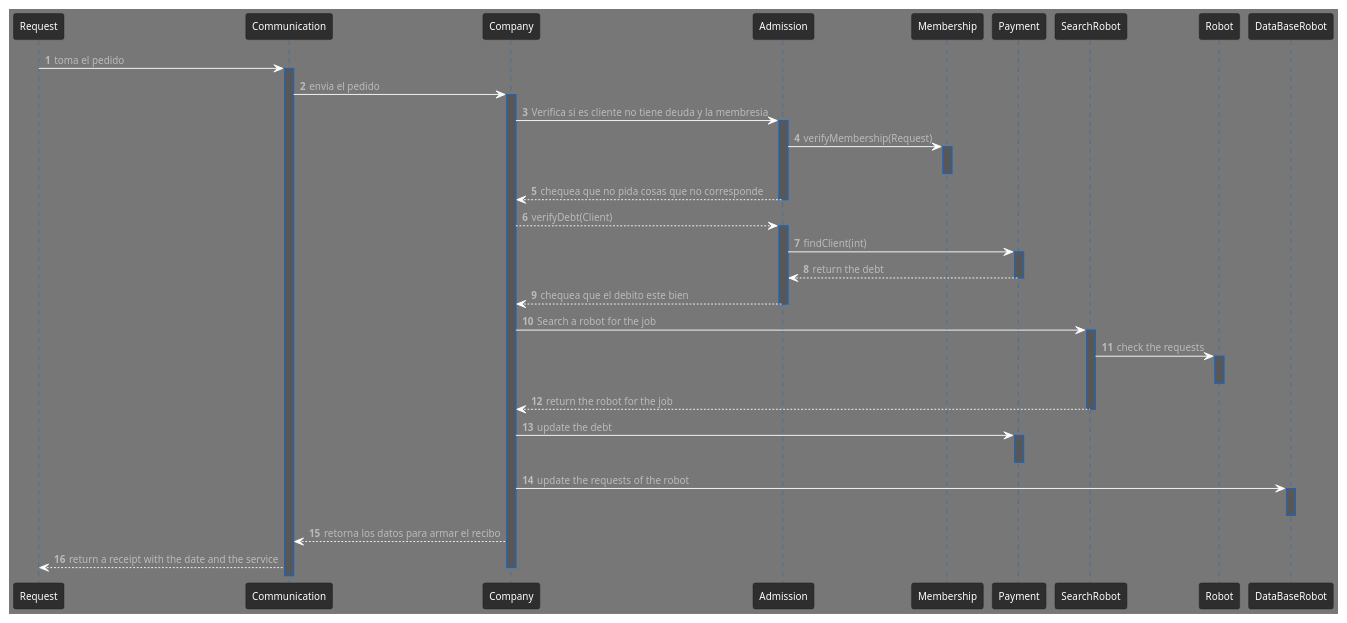
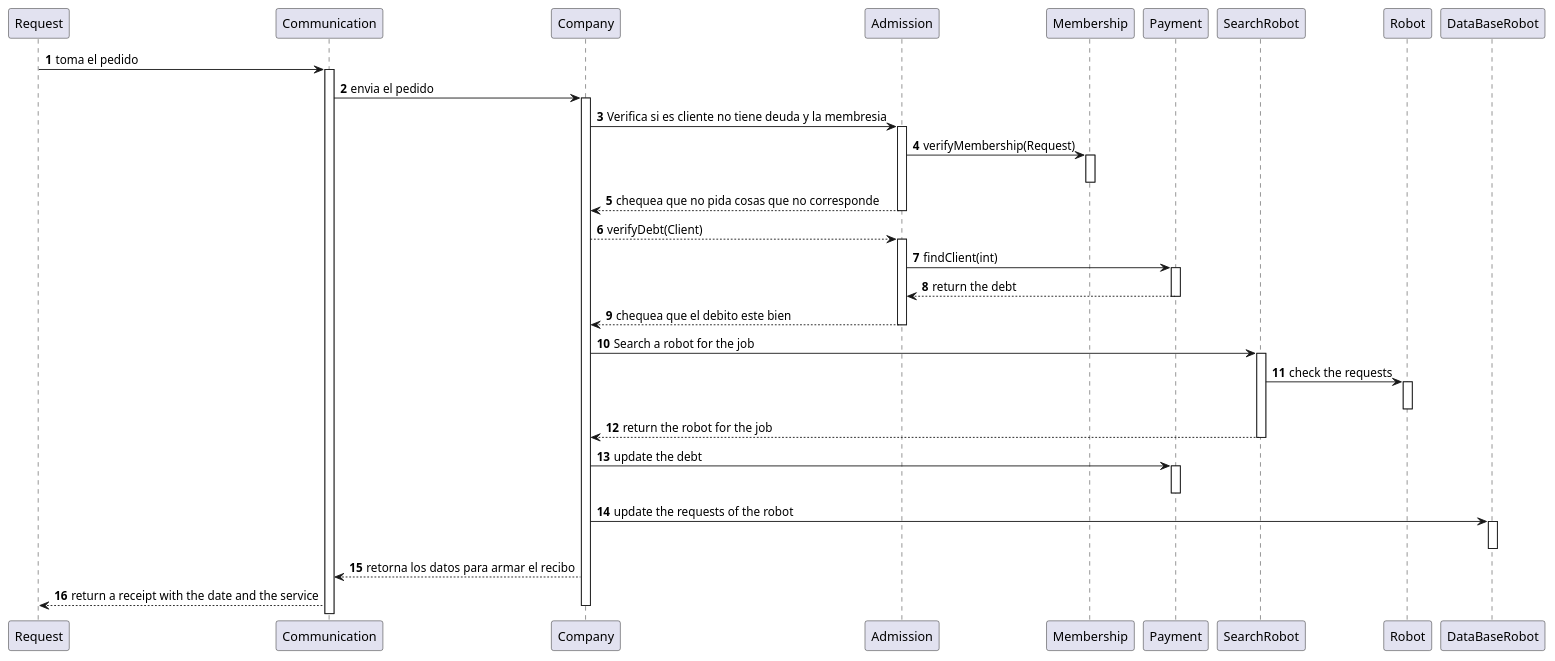
The diagram in src/Sequence1.puml (Grupo-3-Labo-y-prog/RobotsTP), drawn with PlantUML before and after one commit. The commit also changed 2 other files, not shown here.

Commit message:
Cambios en el diagrama en la clase Comunication

```diff
--- a/src/Sequence1.puml
+++ b/src/Sequence1.puml
@@ -1,57 +1,57 @@
 @startuml
 'https://plantuml.com/sequence-diagram
 
-!theme reddress-darkblue
+
 
 autonumber
 Request -> Communication: toma el pedido
 activate Communication
 
 Communication -> Company: envia el pedido
 activate Company
 
 Company -> Admission:  Verifica si es cliente no tiene deuda y la membresia
 activate Admission
 
 Admission -> Membership: verifyMembership(Request)
 activate Membership
 deactivate Membership
 
 Admission --> Company: chequea que no pida cosas que no corresponde
 deactivate Admission
 
 Company --> Admission: verifyDebt(Client)
 activate Admission
 
 Admission -> Payment: findClient(int)
 activate Payment
 
 Payment --> Admission: return the debt
 deactivate Payment
 
 Admission --> Company: chequea que el debito este bien
 deactivate Admission
 
 Company -> SearchRobot: Search a robot for the job
 activate SearchRobot
 SearchRobot -> Robot:check the requests
 activate Robot
 deactivate Robot
 
 SearchRobot --> Company: return the robot for the job
 deactivate SearchRobot
 
 Company -> Payment: update the debt
 activate Payment
 deactivate Payment
 
 Company -> DataBaseRobot: update the requests of the robot
 activate DataBaseRobot
 deactivate DataBaseRobot
 
 Company --> Communication: retorna los datos para armar el recibo
 
 Communication --> Request: return a receipt with the date and the service
 deactivate Company
 
 @enduml
```
